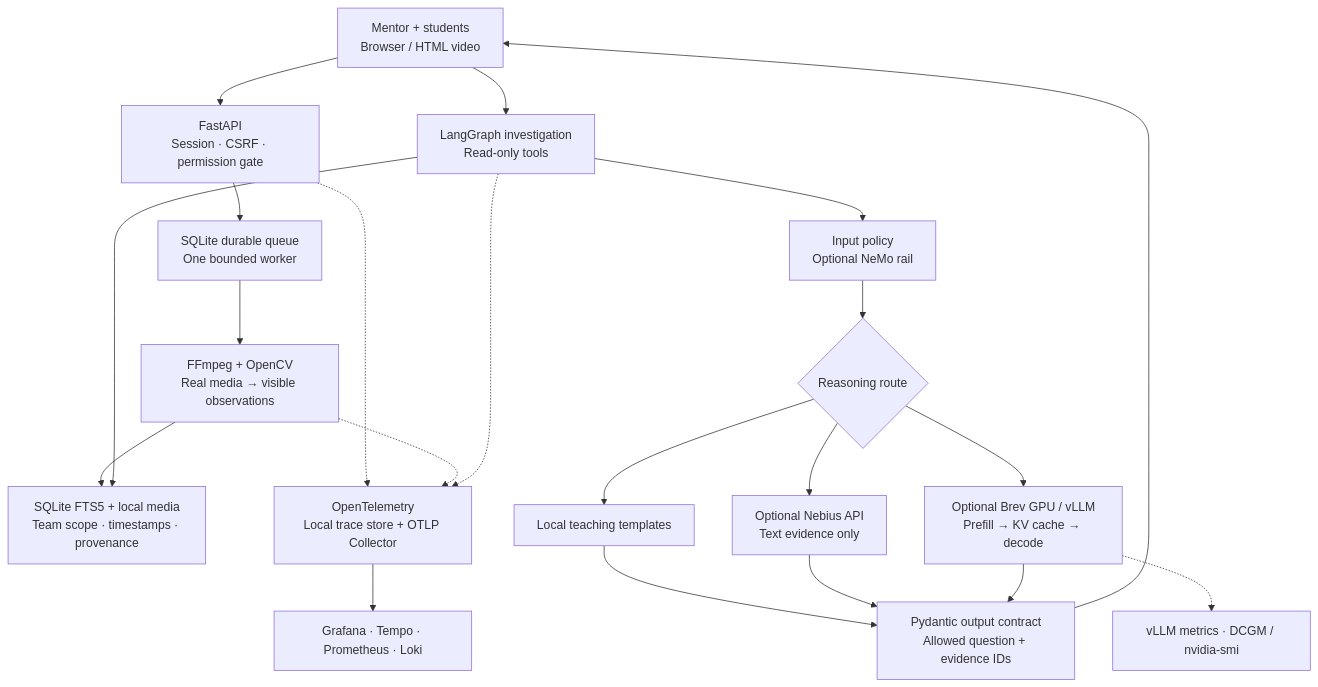
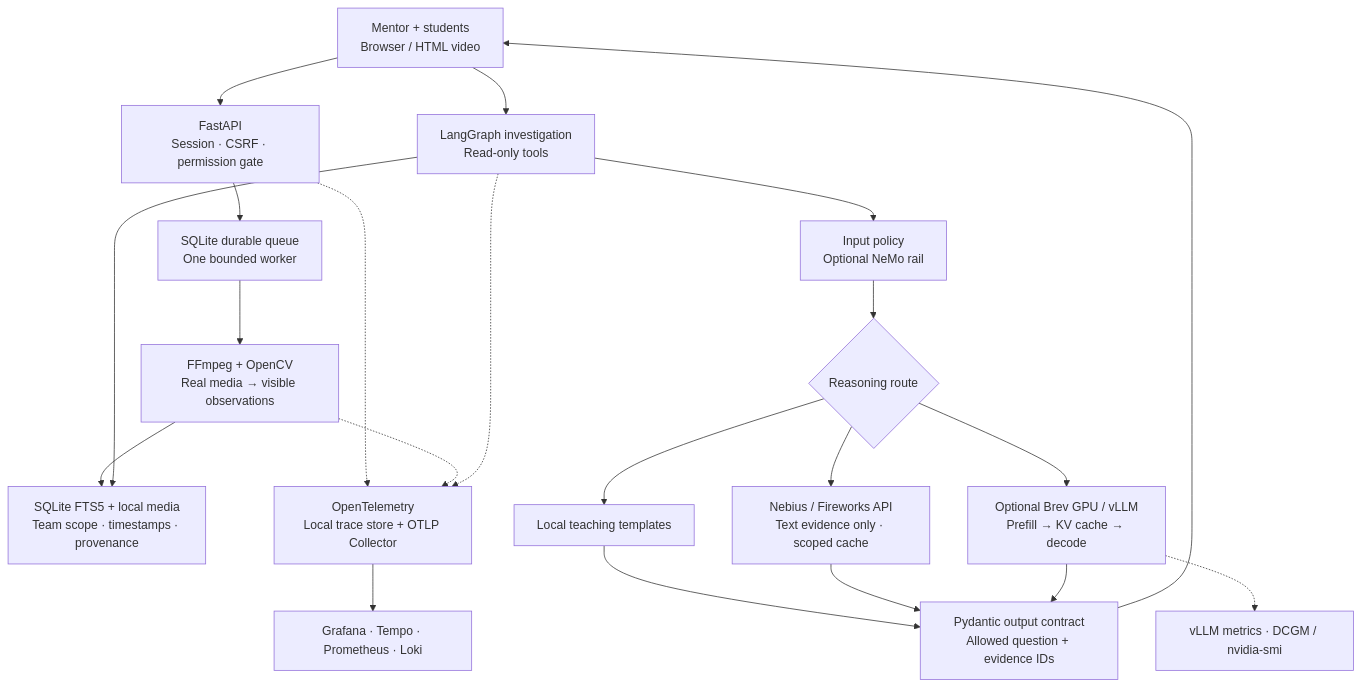
Before and after one commit to sivalinb/robotreplay: the diagram in README.md, drawn with Mermaid. The commit also changed other lines of this file and 27 other files, not shown here.

Commit message:
Add measured Nebius and Fireworks provider lab with scoped inference telemetry

```diff
--- a/README.md
+++ b/README.md
@@ -63,23 +64,23 @@
 ~~~mermaid
 flowchart TD
   U["Mentor + students<br/>Browser / HTML video"] --> A["FastAPI<br/>Session · CSRF · permission gate"]
   A --> Q["SQLite durable queue<br/>One bounded worker"]
   Q --> V["FFmpeg + OpenCV<br/>Real media → visible observations"]
   V --> E["SQLite FTS5 + local media<br/>Team scope · timestamps · provenance"]
   U --> G["LangGraph investigation<br/>Read-only tools"]
   G --> E
   G --> R["Input policy<br/>Optional NeMo rail"]
   R --> M{"Reasoning route"}
   M --> L["Local teaching templates"]
-  M --> N["Optional Nebius API<br/>Text evidence only"]
+  M --> N["Nebius / Fireworks API<br/>Text evidence only · scoped cache"]
   M --> B["Optional Brev GPU / vLLM<br/>Prefill → KV cache → decode"]
   L --> O["Pydantic output contract<br/>Allowed question + evidence IDs"]
   N --> O
   B --> O
   O --> U
   A -.-> T["OpenTelemetry<br/>Local trace store + OTLP Collector"]
   V -.-> T
   G -.-> T
   T --> D["Grafana · Tempo · Prometheus · Loki"]
   B -.-> H["vLLM metrics · DCGM / nvidia-smi"]
 ~~~
```
